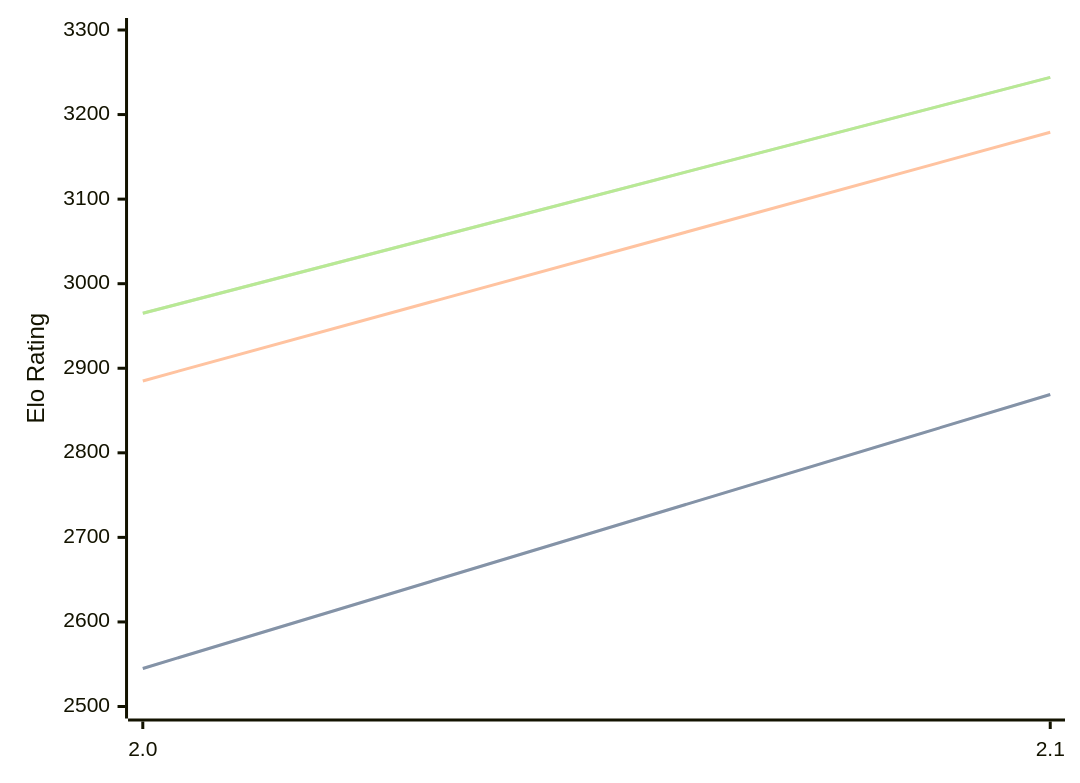
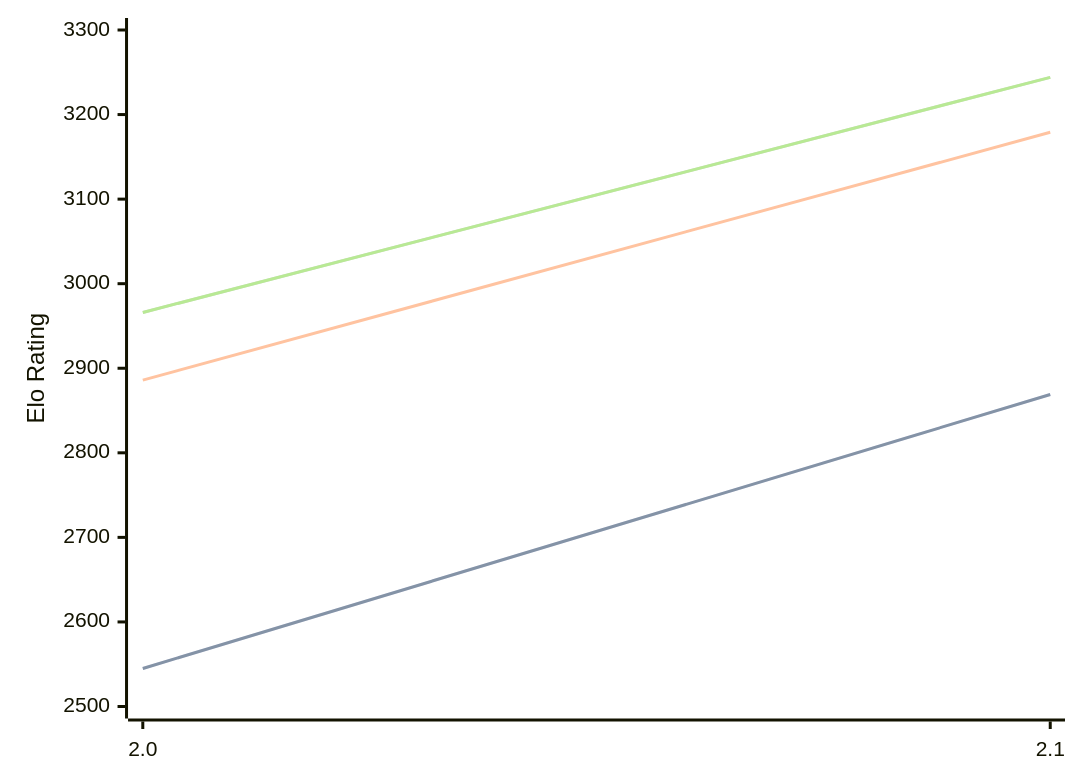
Before and after one commit to computer-chess-index/cci: the diagram in engines/Tunguska.md, drawn with Mermaid. The commit also changed other lines of this file, not shown here.

Commit message:
Update CCI Ratings (ELO VLTC) - 2026-04-27

````diff
--- a/engines/Tunguska.md
+++ b/engines/Tunguska.md
@@ -32,11 +32,11 @@
 ```mermaid
 %%{init: {"theme":"base","themeVariables":{"seriesColors:['#a3a3a3','#222221','#faa371']}}}%%
 xychart-beta
   x-axis ["2.0", "2.1"]
   y-axis "Elo Rating" 2500 --> 3300
   line "STC (8.0+0.08s)" [2545, 2869]
   line "STC (8.0+0.08s)" [2545, 2869]
-  line "LTC (60.0+0.60s)" [2885, 3179]
-  line "VLTC (2m24s+1.12s)" [2965, 3244]
-  line "VLTC (2m24s+1.12s)" [2965, 3244]
+  line "LTC (60.0+0.60s)" [2886, 3179]
+  line "VLTC (2m24s+1.12s)" [2966, 3244]
+  line "VLTC (2m24s+1.12s)" [2966, 3244]
 ```
````
